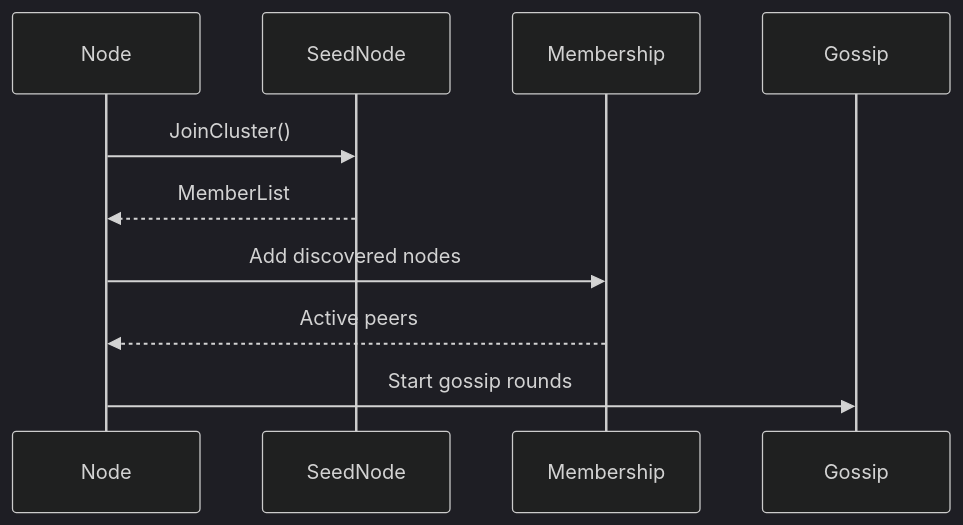
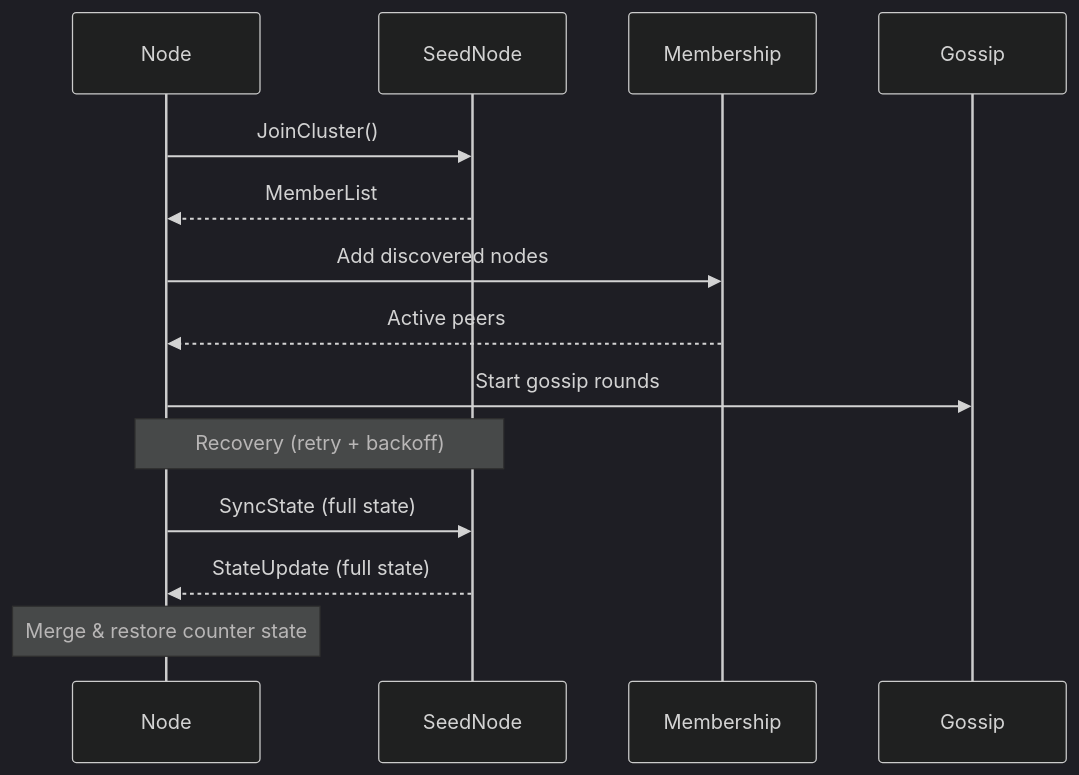
The fourth of 5 diagrams in README.md (VeryFach/distributed-counter), drawn with Mermaid (dark theme) before and after one commit. The commit also changed other lines of this file, not shown here.

````diff
--- a/README.md
+++ b/README.md
@@ -119,15 +133,20 @@
 ```mermaid
 sequenceDiagram
     participant Node
     participant SeedNode
     participant Membership
     participant Gossip
 
     Node->>SeedNode: JoinCluster()
     SeedNode-->>Node: MemberList
 
     Node->>Membership: Add discovered nodes
     Membership-->>Node: Active peers
 
     Node->>Gossip: Start gossip rounds
+
+    Note over Node,SeedNode: Recovery (retry + backoff)
+    Node->>SeedNode: SyncState (full state)
+    SeedNode-->>Node: StateUpdate (full state)
+    Note over Node: Merge & restore counter state
 ```
````
